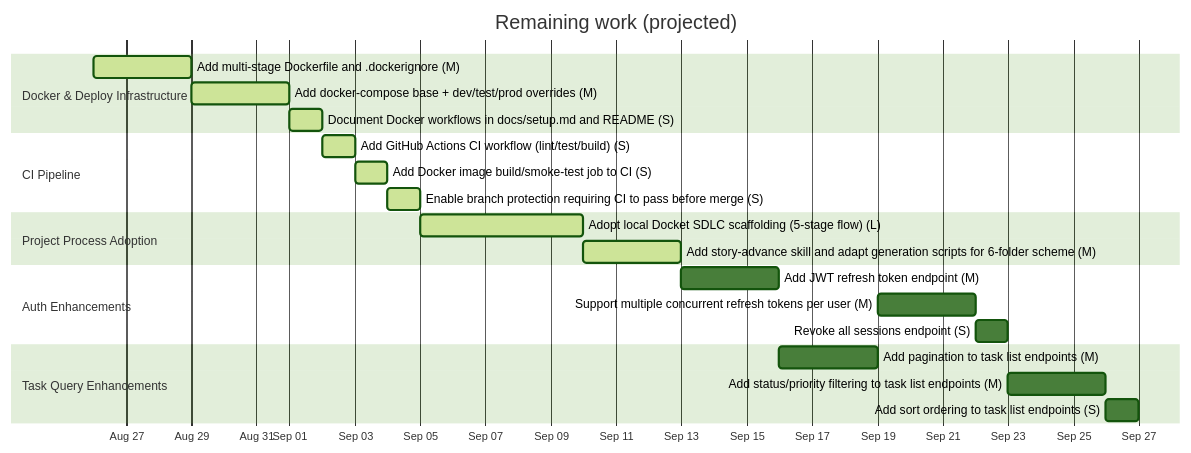
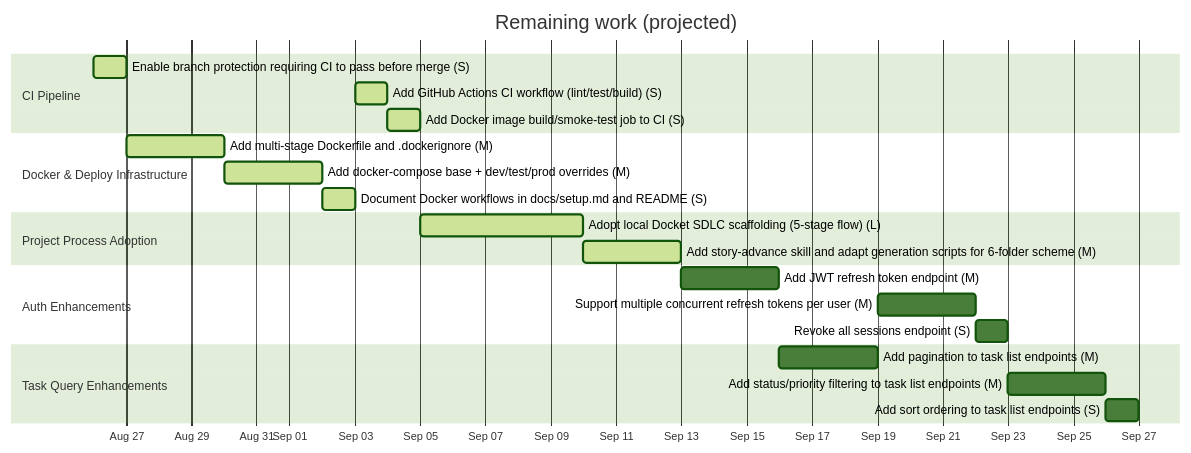
One commit to compadrejunior/postman-demo changed the diagram in docs/project/ROADMAP.md. Above: the diagram before and after it, drawn with Mermaid (forest theme). The commit also changed 11 other files, not shown here.

````diff
--- a/docs/project/ROADMAP.md
+++ b/docs/project/ROADMAP.md
@@ -16,25 +16,25 @@
 ```mermaid
 gantt
     dateFormat YYYY-MM-DD
     axisFormat %b %d
     title Remaining work (projected)
+    section CI Pipeline
+    Enable branch protection requiring CI to pass before merge (S) :active, 2026-08-26, 2026-08-27
+    Add GitHub Actions CI workflow (lint/test/build) (S) :active, 2026-09-03, 2026-09-04
+    Add Docker image build/smoke-test job to CI (S) :active, 2026-09-04, 2026-09-05
     section Docker & Deploy Infrastructure
-    Add multi-stage Dockerfile and .dockerignore (M) :active, 2026-08-26, 2026-08-29
-    Add docker-compose base + dev/test/prod overrides (M) :active, 2026-08-29, 2026-09-01
-    Document Docker workflows in docs/setup.md and README (S) :active, 2026-09-01, 2026-09-02
-    section CI Pipeline
-    Add GitHub Actions CI workflow (lint/test/build) (S) :active, 2026-09-02, 2026-09-03
-    Add Docker image build/smoke-test job to CI (S) :active, 2026-09-03, 2026-09-04
-    Enable branch protection requiring CI to pass before merge (S) :active, 2026-09-04, 2026-09-05
+    Add multi-stage Dockerfile and .dockerignore (M) :active, 2026-08-27, 2026-08-30
+    Add docker-compose base + dev/test/prod overrides (M) :active, 2026-08-30, 2026-09-02
+    Document Docker workflows in docs/setup.md and README (S) :active, 2026-09-02, 2026-09-03
     section Project Process Adoption
     Adopt local Docket SDLC scaffolding (5-stage flow) (L) :active, 2026-09-05, 2026-09-10
     Add story-advance skill and adapt generation scripts for 6-folder scheme (M) :active, 2026-09-10, 2026-09-13
     section Auth Enhancements
     Add JWT refresh token endpoint (M) :2026-09-13, 2026-09-16
     Support multiple concurrent refresh tokens per user (M) :2026-09-19, 2026-09-22
     Revoke all sessions endpoint (S) :2026-09-22, 2026-09-23
     section Task Query Enhancements
     Add pagination to task list endpoints (M) :2026-09-16, 2026-09-19
     Add status/priority filtering to task list endpoints (M) :2026-09-23, 2026-09-26
     Add sort ordering to task list endpoints (S) :2026-09-26, 2026-09-27
 ```
````
